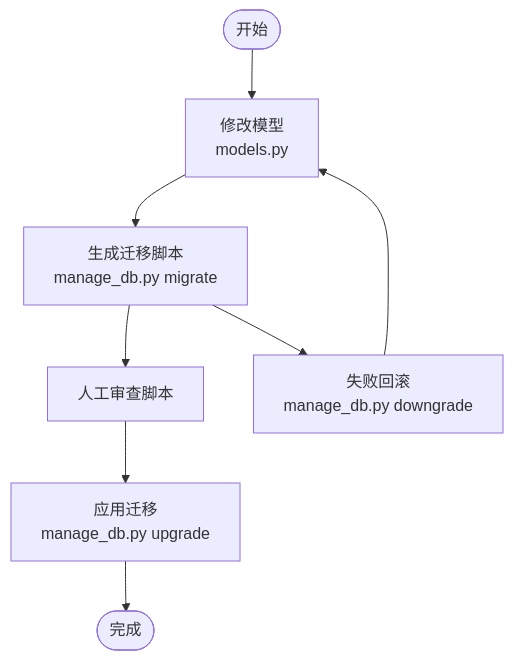
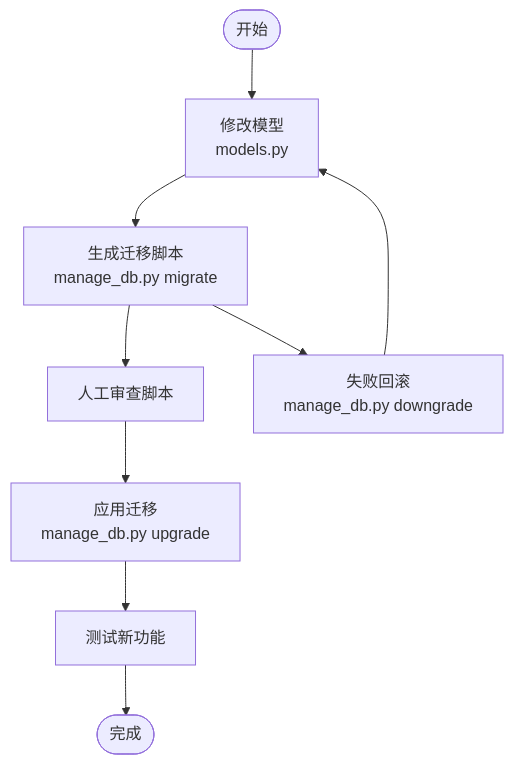
One commit to KunLabAI/KunFlix changed the fifth of 5 diagrams in .qoder/repowiki/zh/content/后端开发指南/数据库模型设计.md. Above: the diagram before and after it, drawn with Mermaid. The commit also changed other lines of this file and 25 other files, not shown here.

````diff
--- a/.qoder/repowiki/zh/content/后端开发指南/数据库模型设计.md
+++ b/.qoder/repowiki/zh/content/后端开发指南/数据库模型设计.md
@@ -437,10 +961,11 @@
 ```mermaid
 flowchart TD
 Start(["开始"]) --> Modify["修改模型<br/>models.py"]
 Modify --> Gen["生成迁移脚本<br/>manage_db.py migrate"]
 Gen --> Review["人工审查脚本"]
 Review --> Apply["应用迁移<br/>manage_db.py upgrade"]
-Apply --> Done(["完成"])
+Apply --> Test["测试新功能"]
+Test --> Done(["完成"])
 Gen --> Abort["失败回滚<br/>manage_db.py downgrade"]
 Abort --> Modify
 ```
````
